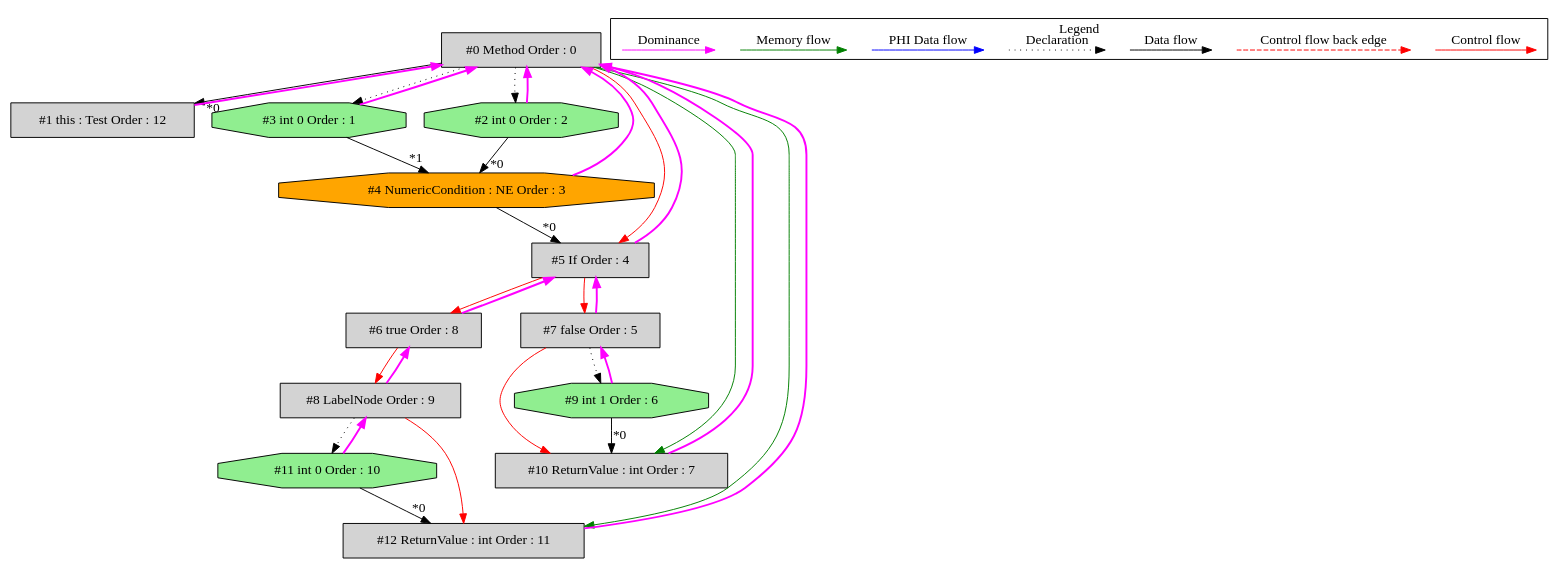
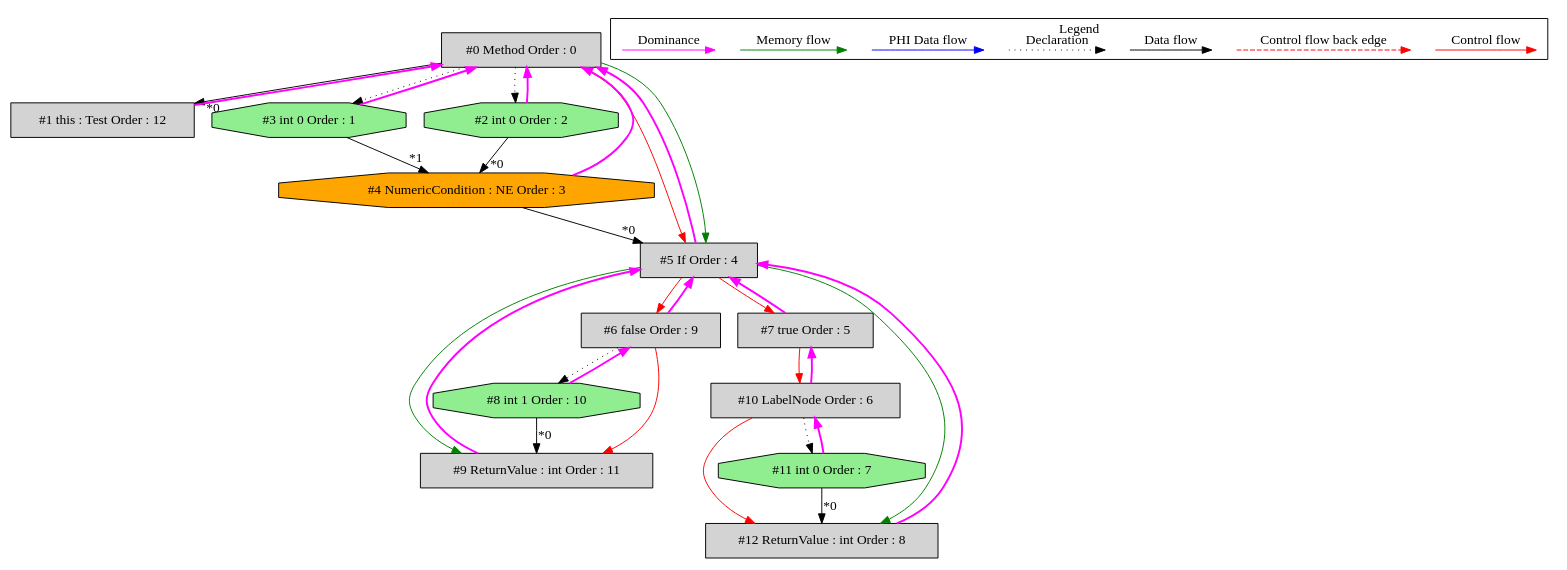
One commit to mirkosertic/MetaIR changed the diagram in de.mirkosertic.metair.ir.OpcodeIFICMPNETest/test_IF_ICMPNE/ir_dominatortree.dot. Above: the diagram before and after it, drawn with Graphviz. The commit also changed 1685 other files, not shown here.

```diff
--- a/de.mirkosertic.metair.ir.OpcodeIFICMPNETest/test_IF_ICMPNE/ir_dominatortree.dot
+++ b/de.mirkosertic.metair.ir.OpcodeIFICMPNETest/test_IF_ICMPNE/ir_dominatortree.dot
@@ -1,75 +1,76 @@
 digraph debugoutput {
  ordering="in";
  node0[label="#0 Method Order : 0",shape=box, fillcolor=lightgrey, style=filled];
  node1[label="#1 this : Test Order : 12",shape=box, fillcolor=lightgrey, style=filled];
  node1 -> node0[dir="forward" color="fuchsia" penwidth="2"];
  node0 -> node1[headlabel="*0", labeldistance=2];
  node2[label="#2 int 0 Order : 2",shape=octagon, fillcolor=lightgreen, style=filled];
  node2 -> node0[dir="forward" color="fuchsia" penwidth="2"];
  node0 -> node2[style=dotted];
  node3[label="#3 int 0 Order : 1",shape=octagon, fillcolor=lightgreen, style=filled];
  node3 -> node0[dir="forward" color="fuchsia" penwidth="2"];
  node0 -> node3[style=dotted];
  node4[label="#4 NumericCondition : NE Order : 3",shape=octagon, fillcolor=orange, style=filled];
  node4 -> node0[dir="forward" color="fuchsia" penwidth="2"];
  node2 -> node4[headlabel="*0", labeldistance=2];
  node3 -> node4[headlabel="*1", labeldistance=2];
  node5[label="#5 If Order : 4",shape=box, fillcolor=lightgrey, style=filled];
  node5 -> node0[dir="forward" color="fuchsia" penwidth="2"];
  node4 -> node5[headlabel="*0", labeldistance=2];
  node0 -> node5[labeldistance=2, color=red, fontcolor=red];
- node6[label="#6 true Order : 8",shape=box, fillcolor=lightgrey, style=filled];
+ node0 -> node5[labeldistance=2, color=green, constraint=false];
+ node6[label="#6 false Order : 9",shape=box, fillcolor=lightgrey, style=filled];
  node6 -> node5[dir="forward" color="fuchsia" penwidth="2"];
  node5 -> node6[labeldistance=2, color=red, fontcolor=red];
- node7[label="#7 false Order : 5",shape=box, fillcolor=lightgrey, style=filled];
+ node7[label="#7 true Order : 5",shape=box, fillcolor=lightgrey, style=filled];
  node7 -> node5[dir="forward" color="fuchsia" penwidth="2"];
  node5 -> node7[labeldistance=2, color=red, fontcolor=red];
- node8[label="#8 LabelNode Order : 9",shape=box, fillcolor=lightgrey, style=filled];
+ node8[label="#8 int 1 Order : 10",shape=octagon, fillcolor=lightgreen, style=filled];
  node8 -> node6[dir="forward" color="fuchsia" penwidth="2"];
- node6 -> node8[labeldistance=2, color=red, fontcolor=red];
- node9[label="#9 int 1 Order : 6",shape=octagon, fillcolor=lightgreen, style=filled];
- node9 -> node7[dir="forward" color="fuchsia" penwidth="2"];
- node7 -> node9[style=dotted];
- node10[label="#10 ReturnValue : int Order : 7",shape=box, fillcolor=lightgrey, style=filled];
- node10 -> node0[dir="forward" color="fuchsia" penwidth="2"];
- node9 -> node10[headlabel="*0", labeldistance=2];
+ node6 -> node8[style=dotted];
+ node9[label="#9 ReturnValue : int Order : 11",shape=box, fillcolor=lightgrey, style=filled];
+ node9 -> node5[dir="forward" color="fuchsia" penwidth="2"];
+ node8 -> node9[headlabel="*0", labeldistance=2];
+ node6 -> node9[labeldistance=2, color=red, fontcolor=red];
+ node5 -> node9[labeldistance=2, color=green, constraint=false];
+ node10[label="#10 LabelNode Order : 6",shape=box, fillcolor=lightgrey, style=filled];
+ node10 -> node7[dir="forward" color="fuchsia" penwidth="2"];
  node7 -> node10[labeldistance=2, color=red, fontcolor=red];
- node0 -> node10[labeldistance=2, color=green, constraint=false];
- node11[label="#11 int 0 Order : 10",shape=octagon, fillcolor=lightgreen, style=filled];
- node11 -> node8[dir="forward" color="fuchsia" penwidth="2"];
- node8 -> node11[style=dotted];
- node12[label="#12 ReturnValue : int Order : 11",shape=box, fillcolor=lightgrey, style=filled];
- node12 -> node0[dir="forward" color="fuchsia" penwidth="2"];
+ node11[label="#11 int 0 Order : 7",shape=octagon, fillcolor=lightgreen, style=filled];
+ node11 -> node10[dir="forward" color="fuchsia" penwidth="2"];
+ node10 -> node11[style=dotted];
+ node12[label="#12 ReturnValue : int Order : 8",shape=box, fillcolor=lightgrey, style=filled];
+ node12 -> node5[dir="forward" color="fuchsia" penwidth="2"];
  node11 -> node12[headlabel="*0", labeldistance=2];
- node8 -> node12[labeldistance=2, color=red, fontcolor=red];
- node0 -> node12[labeldistance=2, color=green, constraint=false];
+ node10 -> node12[labeldistance=2, color=red, fontcolor=red];
+ node5 -> node12[labeldistance=2, color=green, constraint=false];
  subgraph cluster_000 {
   label = "Legend";
   node [shape=point]
   {
    rank=same;
    c0 [style = invis];
    c1 [style = invis];
    c2 [style = invis];
    c3 [style = invis];
    d0 [style = invis];
    d1 [style = invis];
    d2 [style = invis];
    d3 [style = invis];
    d4 [style = invis];
    d5 [style = invis];
    d6 [style = invis];
    d7 [style = invis];
    d8 [style = invis];
    d9 [style = invis];
   }
   c0 -> c1 [label="Control flow", style=solid, color=red]
   c2 -> c3 [label="Control flow back edge", style=dashed, color=red]
   d0 -> d1 [label="Data flow"]
   d2 -> d3 [label="Declaration", style=dotted]
   d4 -> d5 [label="PHI Data flow", color=blue]
   d6 -> d7 [label="Memory flow", color=green]
   d8 -> d9 [label="Dominance", color=fuchsia, style=solid]
  }
 
 }
```
